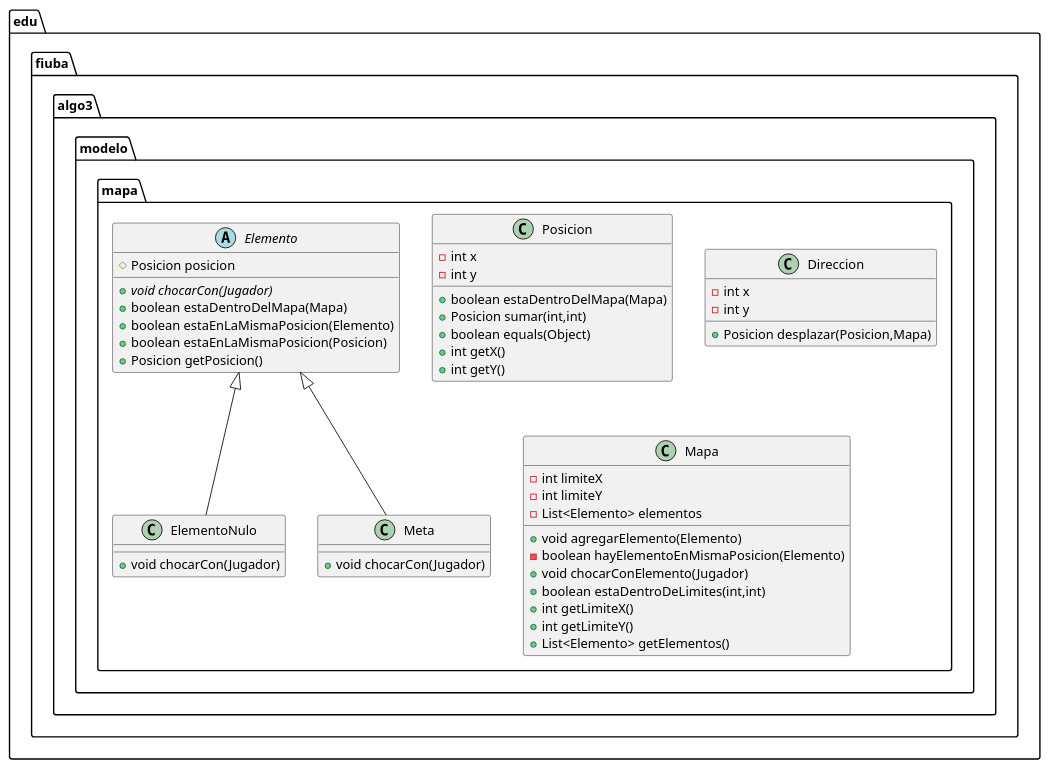
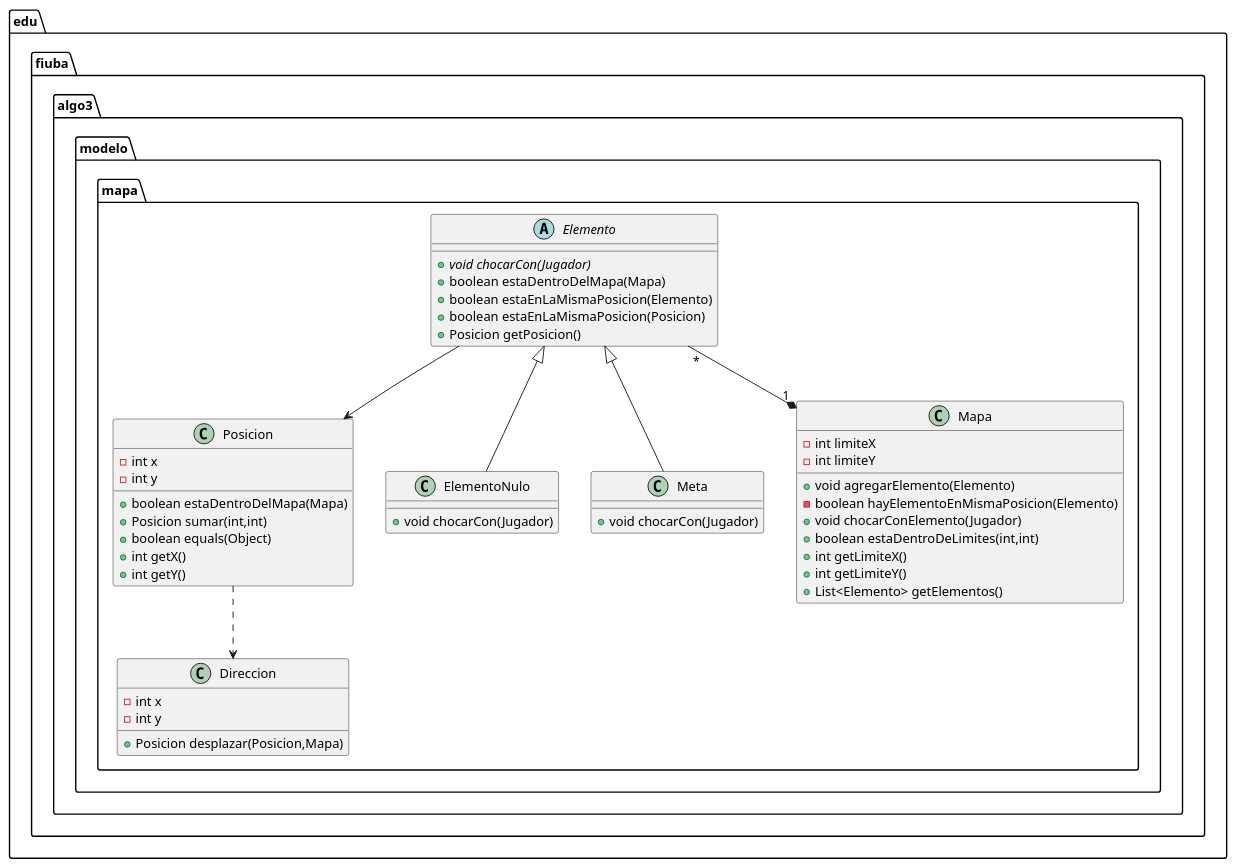
The fourth of 15 diagrams in informe.org (Pablo1107/algo3-tp2), drawn with PlantUML before and after one commit. The commit also changed other lines of this file and 7 other files, not shown here.

```diff
--- a/informe.org
+++ b/informe.org
@@ -250,45 +239,46 @@
 #+begin_src plantuml :file ./diagramas/clases-mapa.png
 class edu.fiuba.algo3.modelo.mapa.Posicion {
 - int x
 - int y
 + boolean estaDentroDelMapa(Mapa)
 + Posicion sumar(int,int)
 + boolean equals(Object)
 + int getX()
 + int getY()
 }
 class edu.fiuba.algo3.modelo.mapa.Direccion {
 - int x
 - int y
 + Posicion desplazar(Posicion,Mapa)
 }
 abstract class edu.fiuba.algo3.modelo.mapa.Elemento {
-# Posicion posicion
 + {abstract}void chocarCon(Jugador)
 + boolean estaDentroDelMapa(Mapa)
 + boolean estaEnLaMismaPosicion(Elemento)
 + boolean estaEnLaMismaPosicion(Posicion)
 + Posicion getPosicion()
 }
 class edu.fiuba.algo3.modelo.mapa.ElementoNulo {
 + void chocarCon(Jugador)
 }
 class edu.fiuba.algo3.modelo.mapa.Meta {
 + void chocarCon(Jugador)
 }
 class edu.fiuba.algo3.modelo.mapa.Mapa {
 - int limiteX
 - int limiteY
-- List<Elemento> elementos
 + void agregarElemento(Elemento)
 - boolean hayElementoEnMismaPosicion(Elemento)
 + void chocarConElemento(Jugador)
 + boolean estaDentroDeLimites(int,int)
 + int getLimiteX()
 + int getLimiteY()
 + List<Elemento> getElementos()
 }
 
 edu.fiuba.algo3.modelo.mapa.Elemento <|-- edu.fiuba.algo3.modelo.mapa.ElementoNulo
 edu.fiuba.algo3.modelo.mapa.Elemento <|-- edu.fiuba.algo3.modelo.mapa.Meta
+edu.fiuba.algo3.modelo.mapa.Elemento "*" --* "1" edu.fiuba.algo3.modelo.mapa.Mapa
+edu.fiuba.algo3.modelo.mapa.Elemento --> edu.fiuba.algo3.modelo.mapa.Posicion
+edu.fiuba.algo3.modelo.mapa.Posicion ..> edu.fiuba.algo3.modelo.mapa.Direccion
 #+end_src
```
